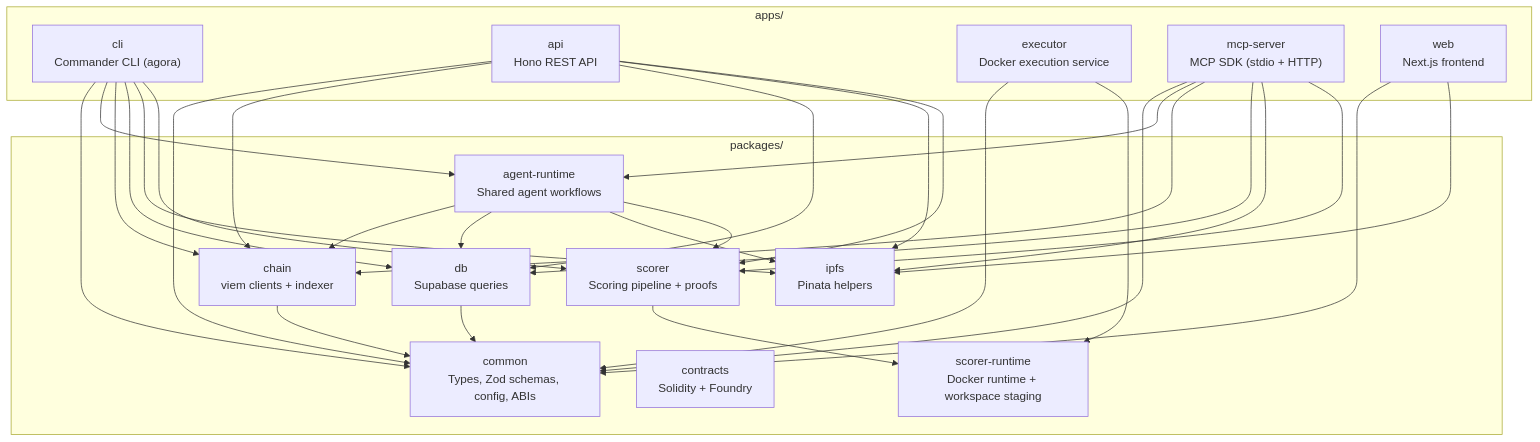
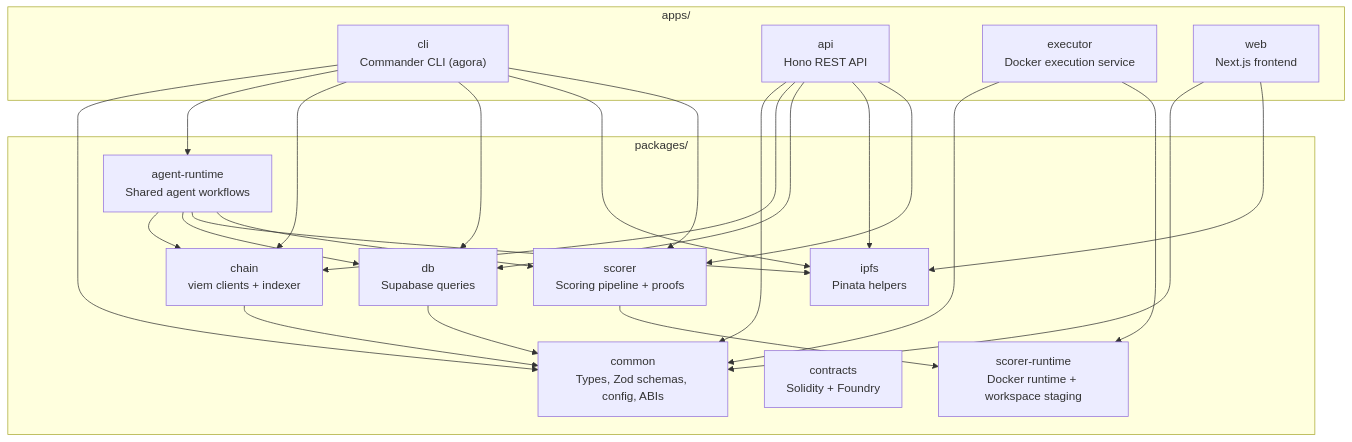
One commit to andymolecule/Hermes changed the eighth of 13 diagrams in docs/architecture.md. Above: the diagram before and after it, drawn with Mermaid. The commit also changed other lines of this file and 166 other files, not shown here.

Commit message:
Hard-cut machine contract cleanup and runtime schema enforcement

````diff
--- a/docs/architecture.md
+++ b/docs/architecture.md
@@ -409,50 +401,43 @@
 ```mermaid
 flowchart TB
     subgraph apps["apps/"]
         cli["cli<br/>Commander CLI (agora)"]
         api["api<br/>Hono REST API"]
         executor["executor<br/>Docker execution service"]
-        mcp["mcp-server<br/>MCP SDK (stdio + HTTP)"]
         web["web<br/>Next.js frontend"]
     end
 
     subgraph packages["packages/"]
         common["common<br/>Types, Zod schemas, config, ABIs"]
         contracts["contracts<br/>Solidity + Foundry"]
         chain["chain<br/>viem clients + indexer"]
         db["db<br/>Supabase queries"]
         ipfs["ipfs<br/>Pinata helpers"]
         scorerRuntime["scorer-runtime<br/>Docker runtime + workspace staging"]
         scorer["scorer<br/>Scoring pipeline + proofs"]
         agentRuntime["agent-runtime<br/>Shared agent workflows"]
     end
 
     cli --> common
     cli --> agentRuntime
     cli --> chain
     cli --> db
     cli --> ipfs
     cli --> scorer
     api --> common
     api --> chain
     api --> db
     api --> ipfs
     api --> scorer
     executor --> common
     executor --> scorerRuntime
-    mcp --> common
-    mcp --> agentRuntime
-    mcp --> chain
-    mcp --> db
-    mcp --> ipfs
-    mcp --> scorer
     web --> common
     web --> ipfs
     agentRuntime --> chain
     agentRuntime --> db
     agentRuntime --> ipfs
     agentRuntime --> scorer
     scorer --> scorerRuntime
     chain --> common
     db --> common
 ```
````
